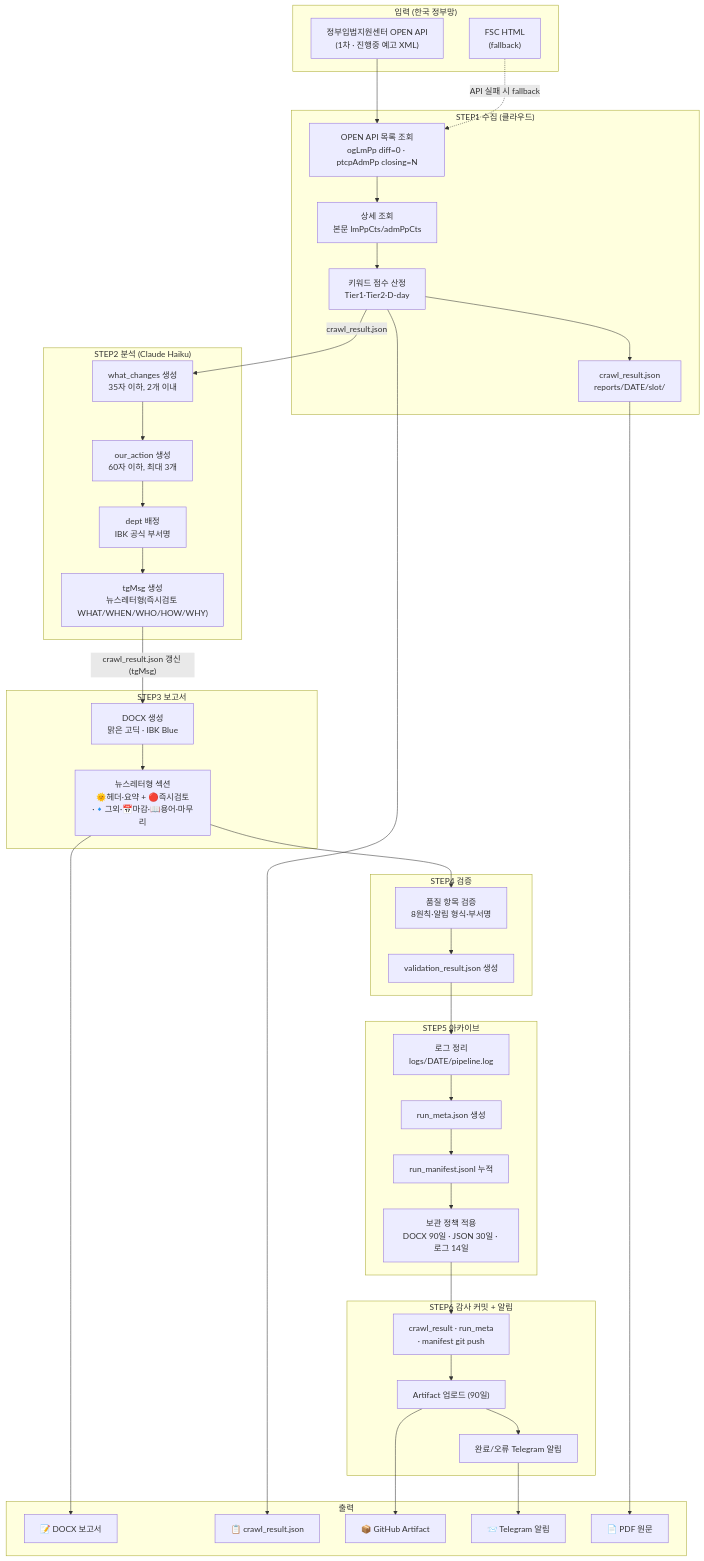
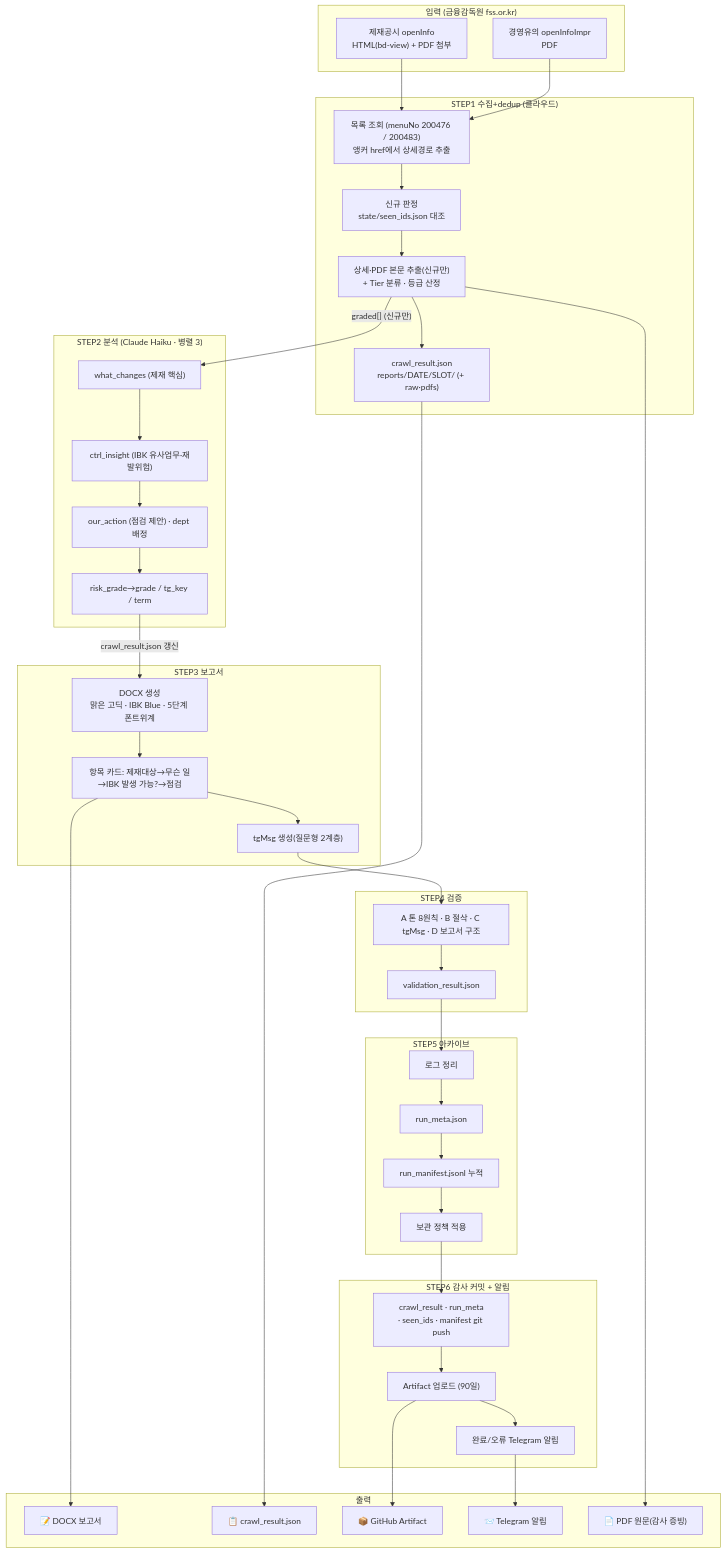
Before and after one commit to pyorocop-lang/ibk-FSS-brief: the third of 3 diagrams in docs/ARCHITECTURE.md, drawn with Mermaid. The commit also changed other lines of this file and 23 other files, not shown here.

````diff
--- a/docs/ARCHITECTURE.md
+++ b/docs/ARCHITECTURE.md
@@ -135,68 +162,69 @@
 ```mermaid
 flowchart TD
-    subgraph INPUT["입력 (한국 정부망)"]
-        LAWIN["정부입법지원센터 OPEN API\n(1차 · 진행중 예고 XML)"]
-        FSC["FSC HTML\n(fallback)"]
+    subgraph INPUT["입력 (금융감독원 fss.or.kr)"]
+        SANC["제재공시 openInfo\nHTML(bd-view) + PDF 첨부"]
+        IMPR["경영유의 openInfoImpr\nPDF"]
     end
 
-    subgraph STEP1["STEP1 수집 (클라우드)"]
-        C1["OPEN API 목록 조회\nogLmPp diff=0 · ptcpAdmPp closing=N"]
-        C2["상세 조회\n본문 lmPpCts/admPpCts"]
-        C3["키워드 점수 산정\nTier1·Tier2·D-day"]
-        C4["crawl_result.json\nreports/DATE/slot/"]
+    subgraph STEP1["STEP1 수집+dedup (클라우드)"]
+        C1["목록 조회 (menuNo 200476 / 200483)\n앵커 href에서 상세경로 추출"]
+        C2["신규 판정\nstate/seen_ids.json 대조"]
+        C3["상세·PDF 본문 추출(신규만)\n+ Tier 분류 · 등급 산정"]
+        C4["crawl_result.json\nreports/DATE/SLOT/ (+ raw·pdfs)"]
     end
 
-    subgraph STEP2["STEP2 분석 (Claude Haiku)"]
-        A21["what_changes 생성\n35자 이하, 2개 이내"]
-        A22["our_action 생성\n60자 이하, 최대 3개"]
-        A23["dept 배정\nIBK 공식 부서명"]
-        A24["tgMsg 생성\n뉴스레터형(즉시검토 WHAT/WHEN/WHO/HOW/WHY)"]
+    subgraph STEP2["STEP2 분석 (Claude Haiku · 병렬 3)"]
+        A21["what_changes (제재 핵심)"]
+        A22["ctrl_insight (IBK 유사업무·재발위험)"]
+        A23["our_action (점검 제안) · dept 배정"]
+        A24["risk_grade→grade / tg_key / term"]
     end
 
     subgraph STEP3["STEP3 보고서"]
-        B1["DOCX 생성\n맑은 고딕 · IBK Blue"]
-        B2["뉴스레터형 섹션\n🌞헤더·요약 + 🔴즉시검토·🔹그외·📅마감·📖용어·마무리"]
+        B1["DOCX 생성\n맑은 고딕 · IBK Blue · 5단계 폰트위계"]
+        B2["항목 카드: 제재대상→무슨 일→IBK 발생 가능?→점검"]
+        B3["tgMsg 생성(질문형 2계층)"]
     end
 
     subgraph STEP4["STEP4 검증"]
-        V1["품질 항목 검증\n8원칙·알림 형식·부서명"]
-        V2["validation_result.json 생성"]
+        V1["A 톤 8원칙 · B 절삭 · C tgMsg · D 보고서 구조"]
+        V2["validation_result.json"]
     end
 
     subgraph STEP5["STEP5 아카이브"]
-        AR1["로그 정리\nlogs/DATE/pipeline.log"]
-        AR2["run_meta.json 생성"]
+        AR1["로그 정리"]
+        AR2["run_meta.json"]
         AR3["run_manifest.jsonl 누적"]
-        AR4["보관 정책 적용\nDOCX 90일 · JSON 30일 · 로그 14일"]
+        AR4["보관 정책 적용"]
     end
 
     subgraph STEP6["STEP6 감사 커밋 + 알림"]
-        G1["crawl_result · run_meta\n· manifest git push"]
+        G1["crawl_result · run_meta\n· seen_ids · manifest git push"]
         G2["Artifact 업로드 (90일)"]
         G3["완료/오류 Telegram 알림"]
     end
 
     subgraph OUTPUT["출력"]
         O1["📝 DOCX 보고서"]
         O2["📋 crawl_result.json"]
         O3["📦 GitHub Artifact"]
         O4["📨 Telegram 알림"]
-        O5["📄 PDF 원문"]
+        O5["📄 PDF 원문(감사 증빙)"]
     end
 
-    LAWIN --> C1 --> C2 --> C3
-    FSC -.->|"API 실패 시 fallback"| C1
-    C3 --> C4
-    C3 -->|"crawl_result.json"| A21
+    SANC --> C1
+    IMPR --> C1
+    C1 --> C2 --> C3 --> C4
+    C3 -->|"graded[] (신규만)"| A21
     A21 --> A22 --> A23 --> A24
-    A24 -->|"crawl_result.json 갱신 (tgMsg)"| B1
-    B1 --> B2 --> V1 --> V2
+    A24 -->|"crawl_result.json 갱신"| B1
+    B1 --> B2 --> B3 --> V1 --> V2
     V2 --> AR1 --> AR2 --> AR3 --> AR4
     AR4 --> G1 --> G2 --> G3
 
     B2 --> O1
-    C3 --> O2
+    C4 --> O2
     G2 --> O3
     G3 --> O4
-    C4 --> O5
+    C3 --> O5
 ```
````
